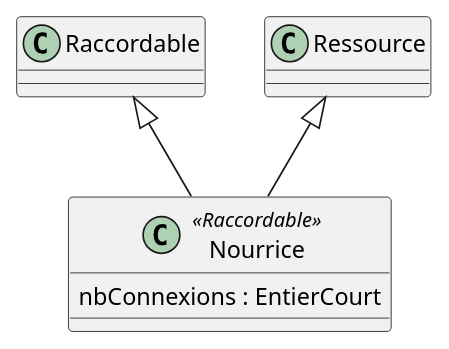
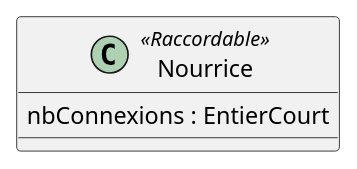
Before and after one commit to beerfactory/brewbox-uml: the diagram in nourrice.iuml, drawn with PlantUML. The commit also changed 5 other files, not shown here.

```diff
--- a/nourrice.iuml
+++ b/nourrice.iuml
@@ -1,6 +1,3 @@
 class Nourrice <<Raccordable>> {
 	nbConnexions : EntierCourt
 }
-
-Raccordable <|-- Nourrice
-Ressource <|-- Nourrice
```
